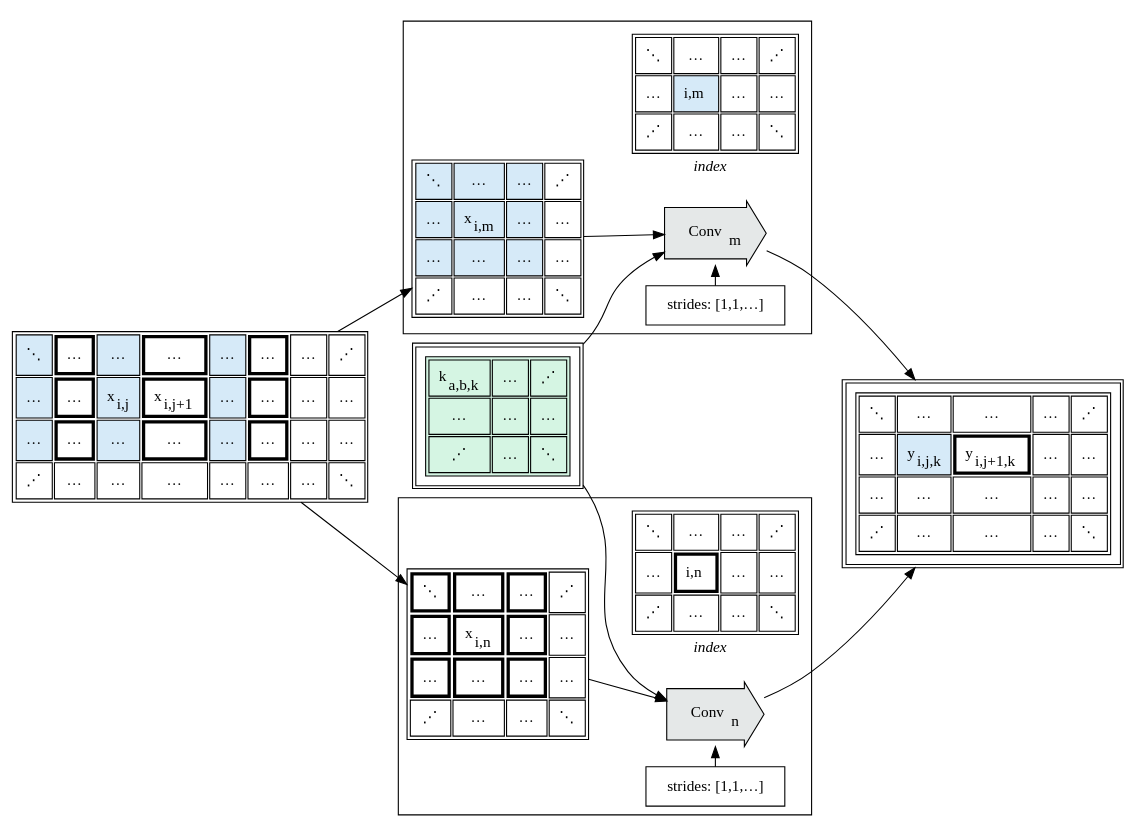
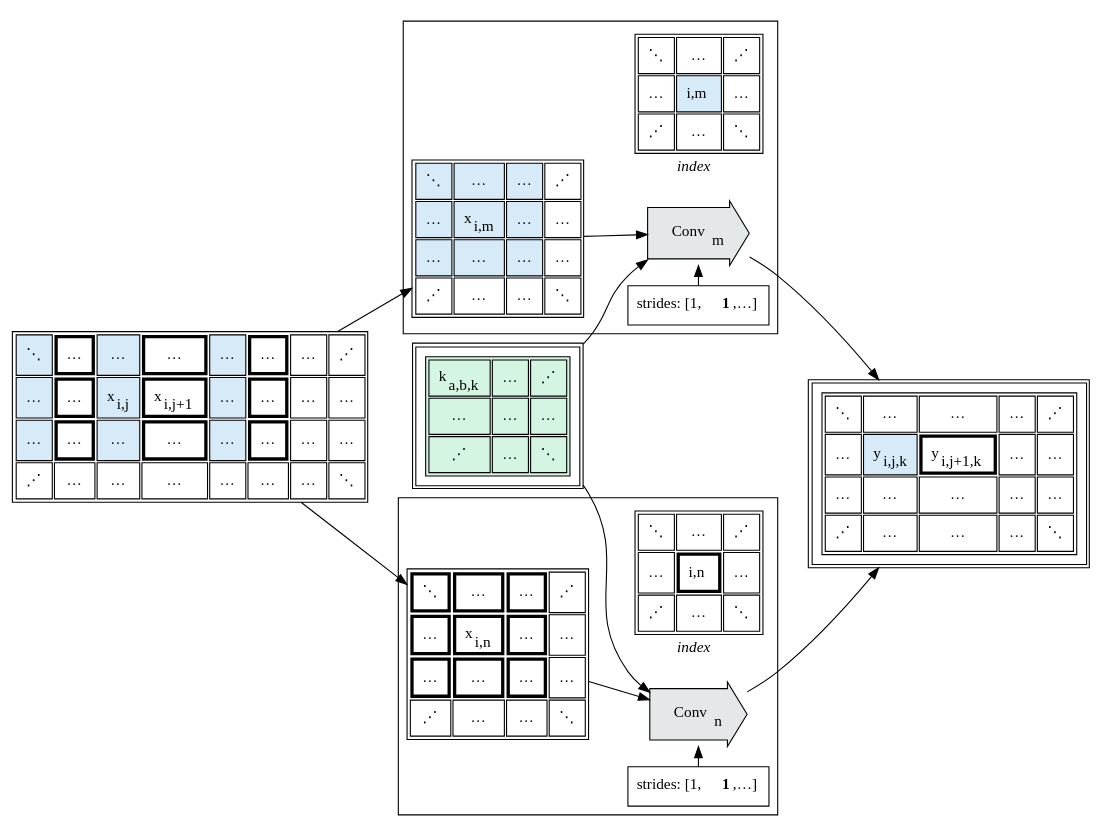
The diagram in media/graphs/conv.f3.dot.gv (crutcher/tapestry-legacy), drawn with Graphviz before and after one commit. The commit also changed 4 other files, not shown here.

```diff
--- a/media/graphs/conv.f3.dot.gv
+++ b/media/graphs/conv.f3.dot.gv
@@ -12,18 +12,15 @@
           <tr>
               <td>⋱</td>
               <td>…</td>
-              <td>…</td>
               <td>⋰</td>
               </tr>
           <tr>
               <td>…</td>
               <td bgcolor="#D6EAF8">i,m</td>
               <td>…</td>
-              <td>…</td>
               </tr>
           <tr>
               <td>⋰</td>
-              <td>…</td>
               <td>…</td>
               <td>⋱</td>
               </tr>
@@ -77,7 +74,7 @@
   ];
 
   strides0 [
-      label="strides: [1,1,…]",
+      label=<strides: [1,<b>1</b>,…]>,
       shape=rectangle,
   ];
 
@@ -129,18 +126,15 @@
           <tr>
               <td>⋱</td>
               <td>…</td>
-              <td>…</td>
               <td>⋰</td>
               </tr>
           <tr>
               <td>…</td>
               <td border="3">i,n</td>
               <td>…</td>
-              <td>…</td>
               </tr>
           <tr>
               <td>⋰</td>
-              <td>…</td>
               <td>…</td>
               <td>⋱</td>
               </tr>
@@ -160,7 +154,7 @@
   ];
 
   strides1 [
-      label="strides: [1,1,…]",
+      label=<strides: [1,<b>1</b>,…]>,
       shape=rectangle,
   ];
 
```
